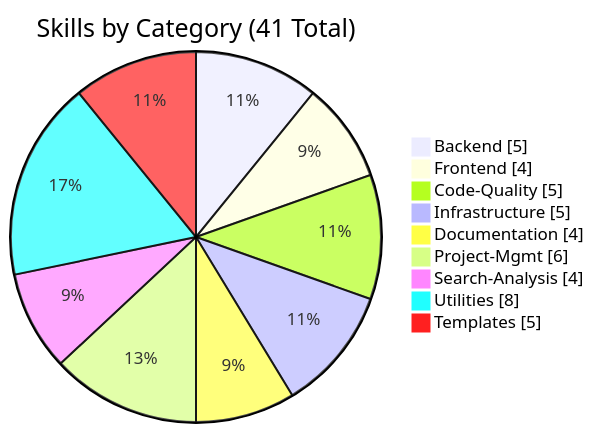
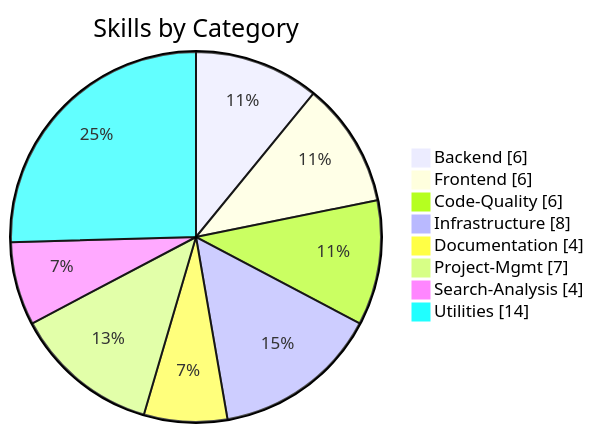
The second of 5 diagrams in README.md (akillness/skills-template), drawn with Mermaid before and after one commit. The commit also changed other lines of this file and 85 other files, not shown here.

````diff
--- a/README.md
+++ b/README.md
@@ -130,13 +313,12 @@
 ```mermaid
 pie showData
-    title Skills by Category (41 Total)
-    "Backend" : 5
-    "Frontend" : 4
-    "Code-Quality" : 5
-    "Infrastructure" : 5
+    title Skills by Category
+    "Backend" : 6
+    "Frontend" : 6
+    "Code-Quality" : 6
+    "Infrastructure" : 8
     "Documentation" : 4
-    "Project-Mgmt" : 6
+    "Project-Mgmt" : 7
     "Search-Analysis" : 4
-    "Utilities" : 8
-    "Templates" : 5
+    "Utilities" : 14
 ```
````
